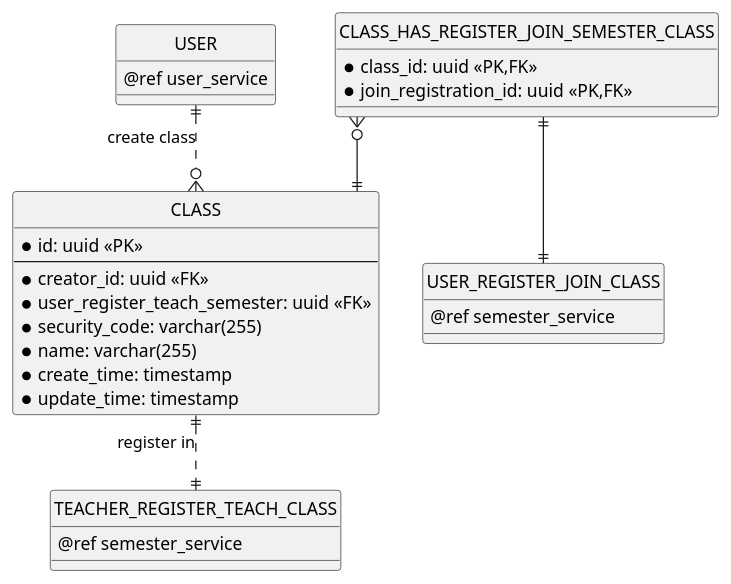
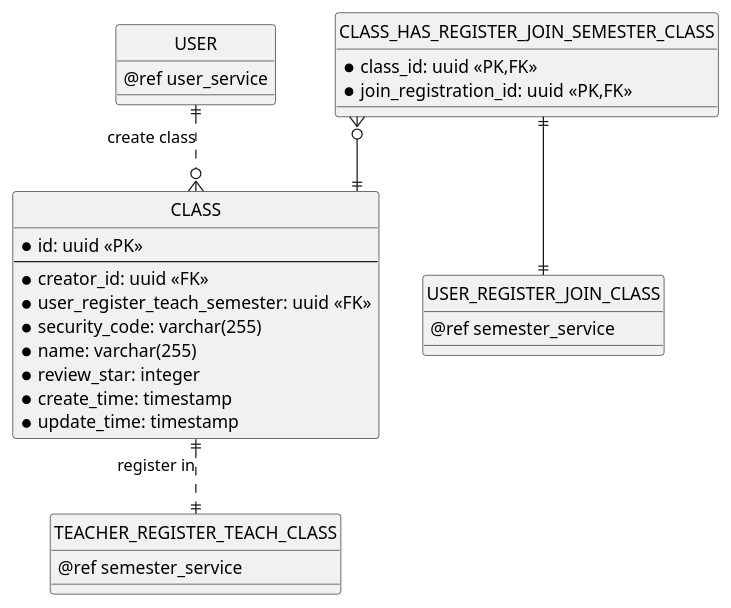
The sixth of 12 diagrams in erd.md (chungnguyenbkcse/ERD-USECASE-KIDSDRAWING), drawn with PlantUML before and after one commit. The commit also changed 1 other file, not shown here.

Commit message:
add field review_star for class

````diff
--- a/erd.md
+++ b/erd.md
@@ -350,44 +350,45 @@
 ```plantuml
 @startuml class_service
 ' hide the spot
 hide circle
 
 ' avoid problems with angled crows feet
 skinparam linetype ortho
 
 entity "USER" as user {
     @ref user_service
 }
 
 entity "CLASS" as class {
     * id: uuid <<PK>>
     --
     * creator_id: uuid <<FK>>
     * user_register_teach_semester: uuid <<FK>>
     * security_code: varchar(255)
     * name: varchar(255)
+    * review_star: integer
     * create_time: timestamp
     * update_time: timestamp
 }
 
 entity "CLASS_HAS_REGISTER_JOIN_SEMESTER_CLASS" as user_join_class {
     * class_id: uuid <<PK,FK>>
     * join_registration_id: uuid <<PK,FK>>
 }
 
 entity "USER_REGISTER_JOIN_CLASS" as user_register_join_class {
     @ref semester_service
 }
 
 entity "TEACHER_REGISTER_TEACH_CLASS" as user_register_teach_class {
     @ref semester_service
 }
 
 ' Class Relationship
 
 user ||..o{ class: create class
 user_join_class }o--|| class
 user_join_class ||--|| user_register_join_class
 class ||..|| user_register_teach_class: register in
 @enduml
 ```
````
